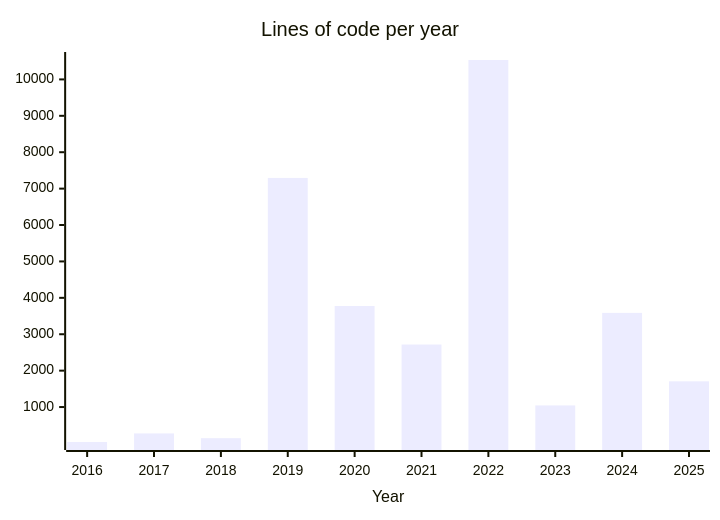
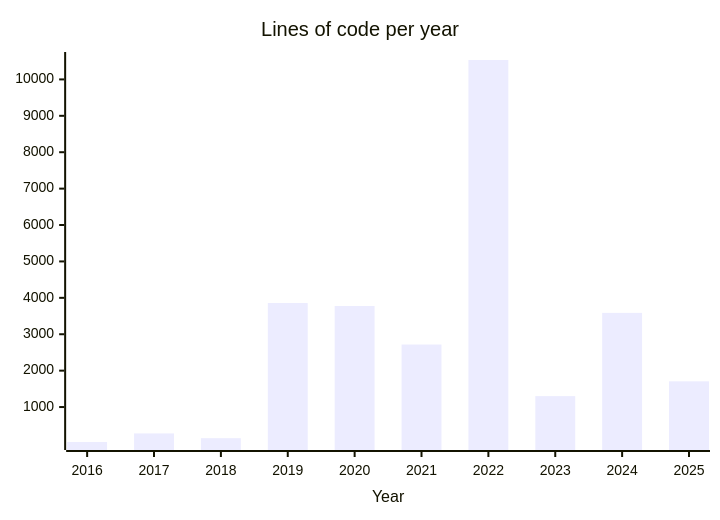
Before and after one commit to engdan77/engdan77: the diagram in README.md, drawn with Mermaid. The commit also changed other lines of this file, not shown here.

````diff
--- a/README.md
+++ b/README.md
@@ -24,6 +24,6 @@
 ```mermaid
 xychart-beta
       title "Lines of code per year"
       x-axis "Year" [2016, 2017, 2018, 2019, 2020, 2021, 2022, 2023, 2024, 2025]
-      bar "engdan77" [40, 276, 145, 7293, 3776, 2717, 10533, 1045, 3587, 1707]
+      bar "engdan77" [40, 276, 145, 3857, 3776, 2717, 10533, 1300, 3587, 1707]
 ```
````
